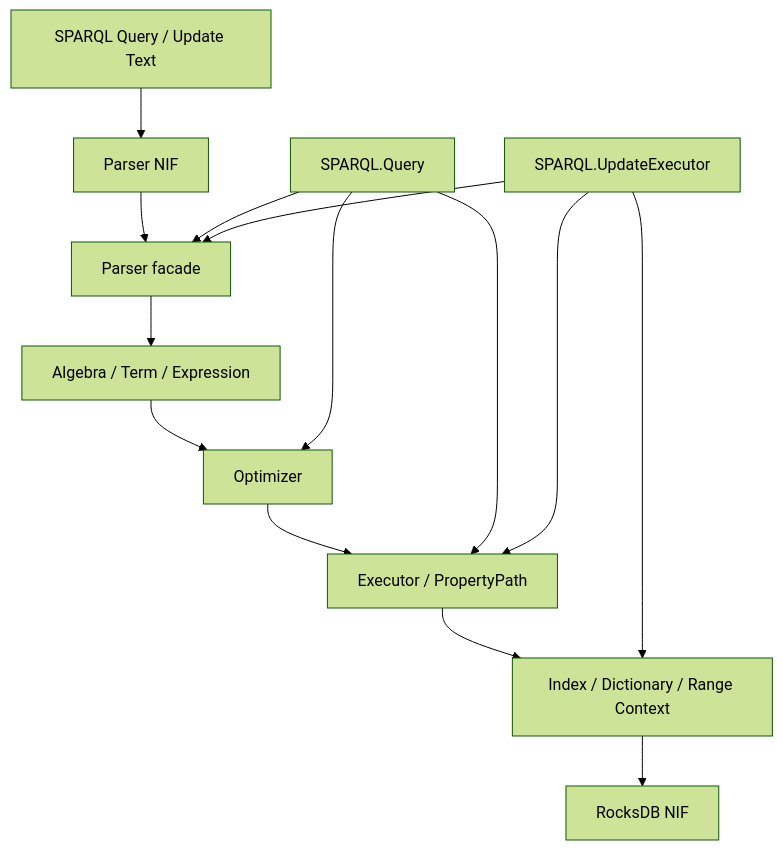
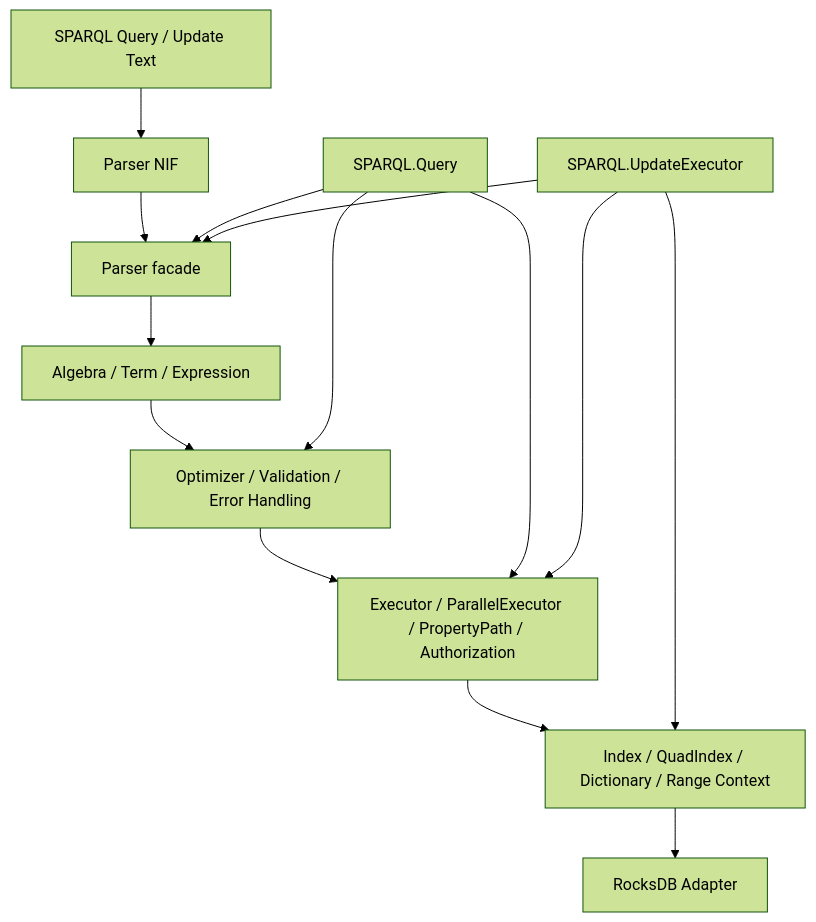
One commit to pcharbon70/triple_store changed the diagram in specs/query/sparql_execution_pipeline.md. Above: the diagram before and after it, drawn with Mermaid (forest theme). The commit also changed other lines of this file and 25 other files, not shown here.

Commit message:
Backfill specs from current architecture

````diff
--- a/specs/query/sparql_execution_pipeline.md
+++ b/specs/query/sparql_execution_pipeline.md
@@ -25,17 +30,17 @@
 ```mermaid
 graph TD
   A["SPARQL Query / Update Text"] --> B["Parser NIF"]
   B --> C["Parser facade"]
   C --> D["Algebra / Term / Expression"]
-  D --> E["Optimizer"]
-  E --> F["Executor / PropertyPath"]
-  F --> G["Index / Dictionary / Range Context"]
-  G --> H["RocksDB NIF"]
+  D --> E["Optimizer / Validation / Error Handling"]
+  E --> F["Executor / ParallelExecutor / PropertyPath / Authorization"]
+  F --> G["Index / QuadIndex / Dictionary / Range Context"]
+  G --> H["RocksDB Adapter"]
 
   I["SPARQL.Query"] --> C
   I --> E
   I --> F
   J["SPARQL.UpdateExecutor"] --> C
   J --> F
   J --> G
 ```
````
